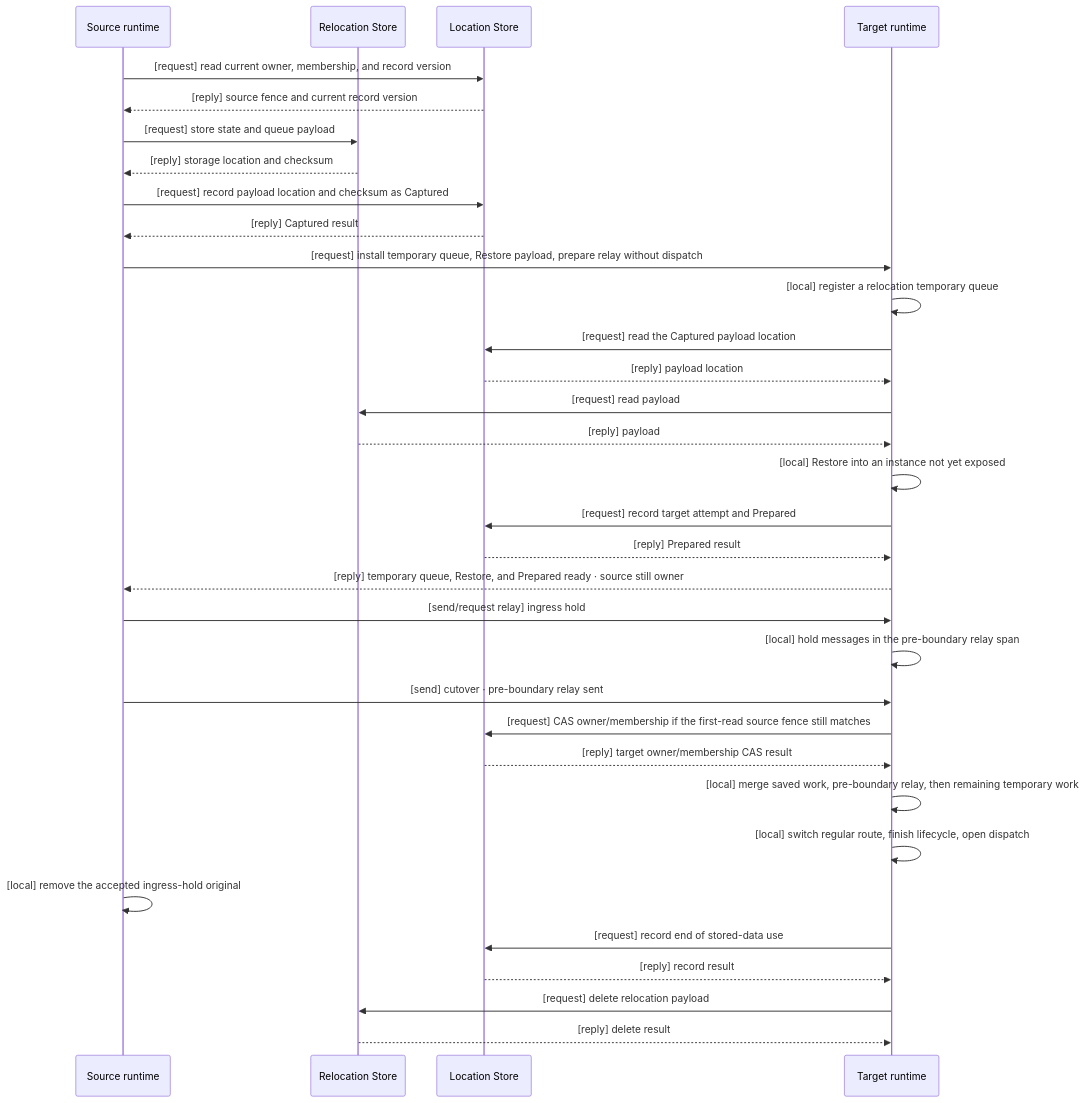
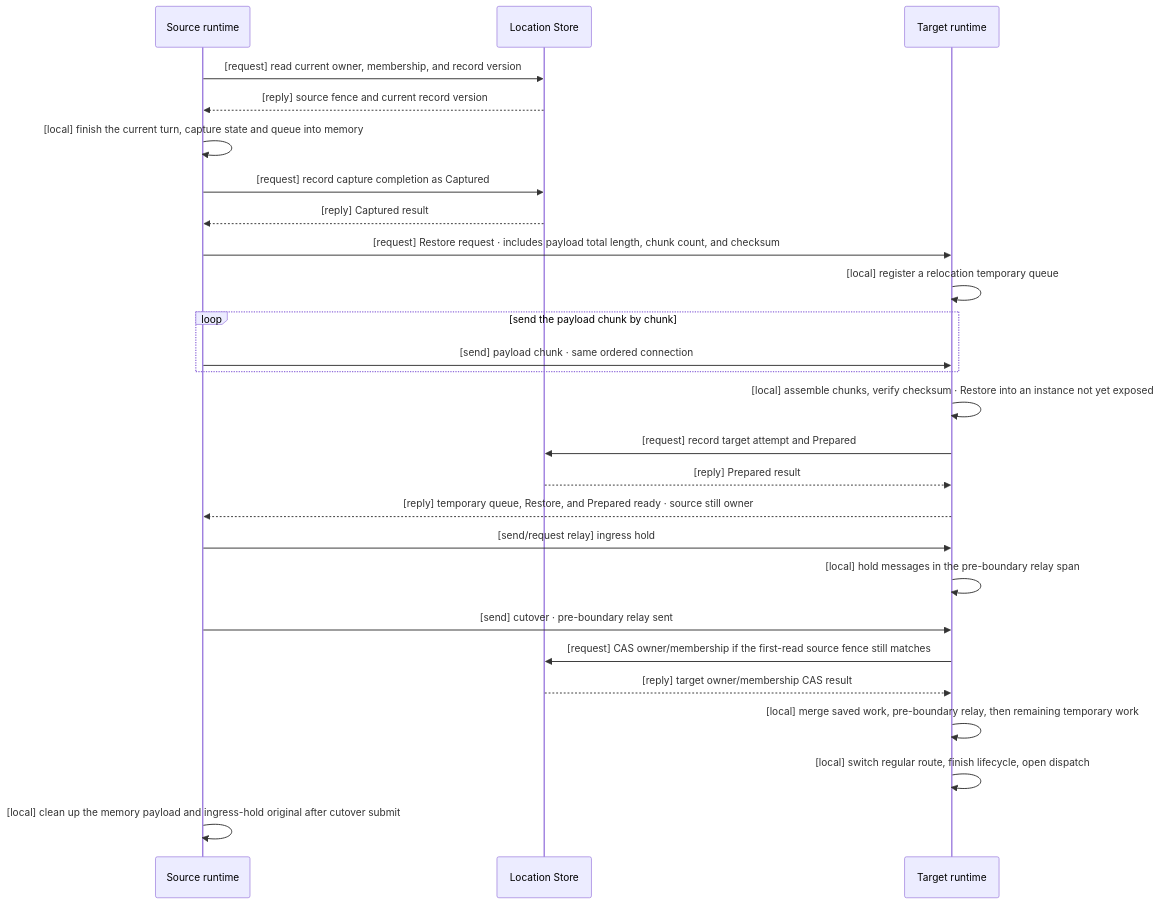
Before and after one commit to zlink-systems/zlink: the first of 4 diagrams in framework/doc/framework/common/spec/server/21-location-runtime.en.md, drawn with Mermaid. The commit also changed other lines of this file and 145 other files, not shown here.

````diff
--- a/framework/doc/framework/common/spec/server/21-location-runtime.en.md
+++ b/framework/doc/framework/common/spec/server/21-location-runtime.en.md
@@ -218,36 +227,29 @@
 ```mermaid
 sequenceDiagram
     participant S as Source runtime
-    participant B as Relocation Store
     participant L as Location Store
     participant T as Target runtime
 
     S->>L: [request] read current owner, membership, and record version
     L-->>S: [reply] source fence and current record version
-    S->>B: [request] store state and queue payload
-    B-->>S: [reply] storage location and checksum
-    S->>L: [request] record payload location and checksum as Captured
+    S->>S: [local] finish the current turn, capture state and queue into memory
+    S->>L: [request] record capture completion as Captured
     L-->>S: [reply] Captured result
-    S->>T: [request] install temporary queue, Restore payload, prepare relay without dispatch
+    S->>T: [request] Restore request · includes payload total length, chunk count, and checksum
     T->>T: [local] register a relocation temporary queue
-    T->>L: [request] read the Captured payload location
-    L-->>T: [reply] payload location
-    T->>B: [request] read payload
-    B-->>T: [reply] payload
-    T->>T: [local] Restore into an instance not yet exposed
+    loop send the payload chunk by chunk
+        S->>T: [send] payload chunk · same ordered connection
+    end
+    T->>T: [local] assemble chunks, verify checksum · Restore into an instance not yet exposed
     T->>L: [request] record target attempt and Prepared
     L-->>T: [reply] Prepared result
     T-->>S: [reply] temporary queue, Restore, and Prepared ready · source still owner
     S->>T: [send/request relay] ingress hold
     T->>T: [local] hold messages in the pre-boundary relay span
     S->>T: [send] cutover · pre-boundary relay sent
     T->>L: [request] CAS owner/membership if the first-read source fence still matches
     L-->>T: [reply] target owner/membership CAS result
     T->>T: [local] merge saved work, pre-boundary relay, then remaining temporary work
     T->>T: [local] switch regular route, finish lifecycle, open dispatch
-    S->>S: [local] remove the accepted ingress-hold original
-    T->>L: [request] record end of stored-data use
-    L-->>T: [reply] record result
-    T->>B: [request] delete relocation payload
-    B-->>T: [reply] delete result
+    S->>S: [local] clean up the memory payload and ingress-hold original after cutover submit
 ```
````
